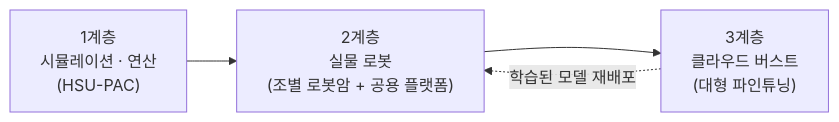
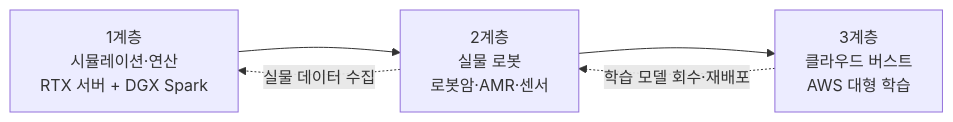
The third of 3 diagrams in homepage-src/docs/projects/hsu-pac.md (parclab-hsu/parclab-hsu.github.io), drawn with Mermaid before and after one commit. The commit also changed other lines of this file and 4 other files, not shown here.

Commit message:
HSU-PAC 상세 페이지 전면 개편 (v2 통합구축안 기반) + 시스템 구축 방안 이미지 추가

````diff
--- a/homepage-src/docs/projects/hsu-pac.md
+++ b/homepage-src/docs/projects/hsu-pac.md
@@ -125,6 +304,7 @@
 ```mermaid
 flowchart LR
-    A["1계층<br/>시뮬레이션 · 연산<br/>(HSU-PAC)"] --> B["2계층<br/>실물 로봇<br/>(조별 로봇암 + 공용 플랫폼)"]
-    B --> C["3계층<br/>클라우드 버스트<br/>(대형 파인튜닝)"]
-    C -.->|"학습된 모델 재배포"| B
+    A["1계층<br/>시뮬레이션·연산<br/>RTX 서버 + DGX Spark"] --> B["2계층<br/>실물 로봇<br/>로봇암·AMR·센서"]
+    B --> C["3계층<br/>클라우드 버스트<br/>AWS 대형 학습"]
+    C -.->|"학습 모델 회수·재배포"| B
+    B -.->|"실물 데이터 수집"| A
 ```
````
